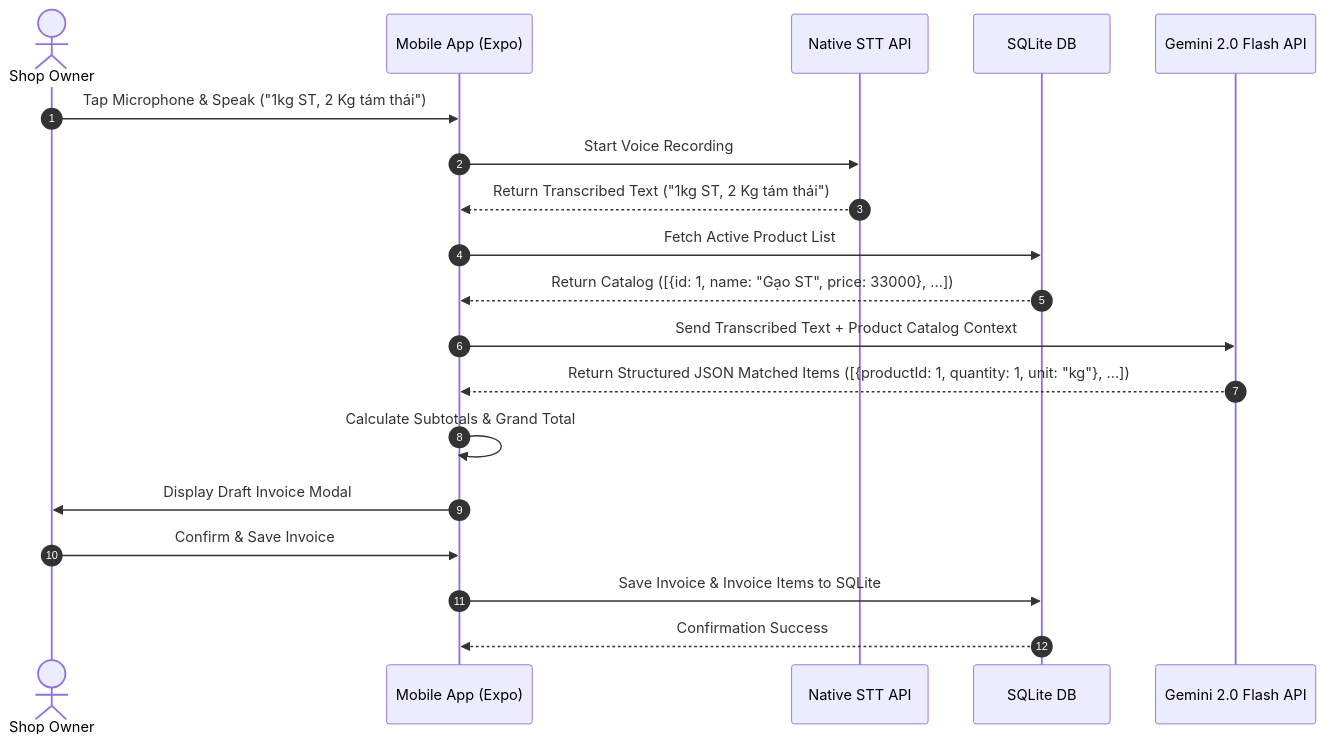
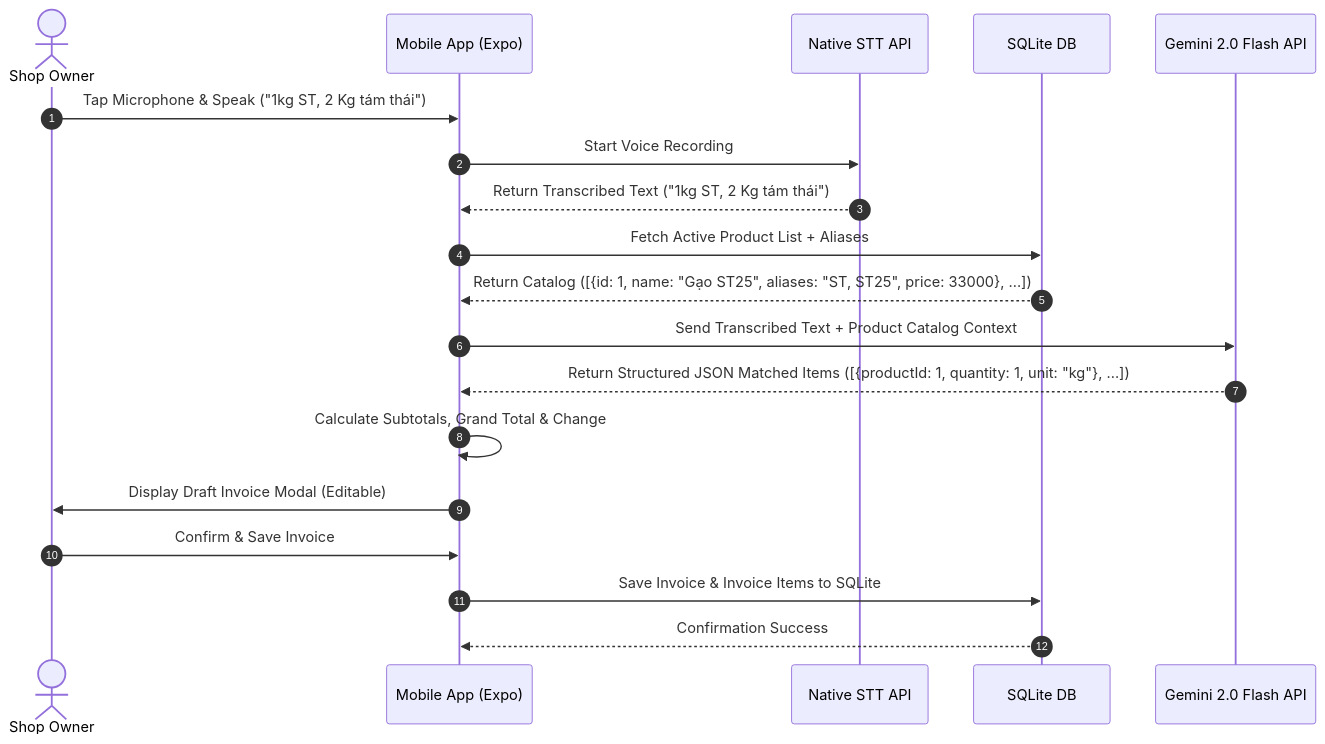
One commit to manhtruongbui63/voice_build changed the diagram in docs/superpowers/specs/2026-07-29-voicebill-design.md. Above: the diagram before and after it, drawn with Mermaid. The commit also changed other lines of this file, not shown here.

````diff
--- a/docs/superpowers/specs/2026-07-29-voicebill-design.md
+++ b/docs/superpowers/specs/2026-07-29-voicebill-design.md
@@ -34,22 +35,22 @@
 ```mermaid
 sequenceDiagram
     autonumber
     actor User as Shop Owner
     participant App as Mobile App (Expo)
     participant STT as Native STT API
     participant DB as SQLite DB
     participant AI as Gemini 2.0 Flash API
 
     User->>App: Tap Microphone & Speak ("1kg ST, 2 Kg tám thái")
     App->>STT: Start Voice Recording
     STT-->>App: Return Transcribed Text ("1kg ST, 2 Kg tám thái")
-    App->>DB: Fetch Active Product List
-    DB-->>App: Return Catalog ([{id: 1, name: "Gạo ST", price: 33000}, ...])
+    App->>DB: Fetch Active Product List + Aliases
+    DB-->>App: Return Catalog ([{id: 1, name: "Gạo ST25", aliases: "ST, ST25", price: 33000}, ...])
     App->>AI: Send Transcribed Text + Product Catalog Context
     AI-->>App: Return Structured JSON Matched Items ([{productId: 1, quantity: 1, unit: "kg"}, ...])
-    App->>App: Calculate Subtotals & Grand Total
-    App->>User: Display Draft Invoice Modal
+    App->>App: Calculate Subtotals, Grand Total & Change
+    App->>User: Display Draft Invoice Modal (Editable)
     User->>App: Confirm & Save Invoice
     App->>DB: Save Invoice & Invoice Items to SQLite
     DB-->>App: Confirmation Success
 ```
````
